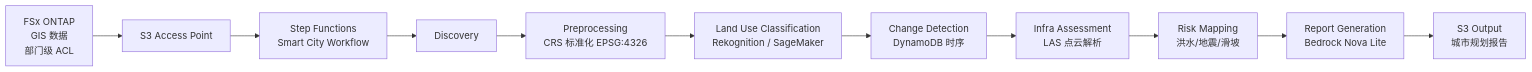
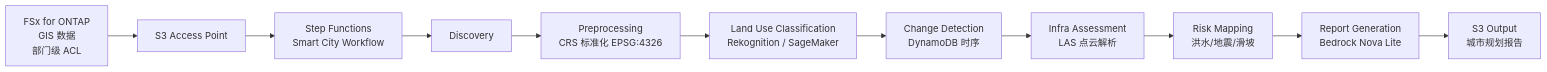
The diagram in smart-city-geospatial/docs/architecture.zh-CN.md (Yoshiki0705/FSx-for-ONTAP-S3AccessPoints-Serverless-Patterns), drawn with Mermaid before and after one commit. The commit also changed other lines of this file and 752 other files, not shown here.

````diff
--- a/smart-city-geospatial/docs/architecture.zh-CN.md
+++ b/smart-city-geospatial/docs/architecture.zh-CN.md
@@ -15,13 +15,13 @@
 ```mermaid
 graph LR
-    FSx[FSx ONTAP<br/>GIS 数据<br/>部门级 ACL] --> S3AP[S3 Access Point]
+    FSx[FSx for ONTAP<br/>GIS 数据<br/>部门级 ACL] --> S3AP[S3 Access Point]
     S3AP --> SFN[Step Functions<br/>Smart City Workflow]
     SFN --> L1[Discovery]
     L1 --> L2[Preprocessing<br/>CRS 标准化 EPSG:4326]
     L2 --> L3[Land Use Classification<br/>Rekognition / SageMaker]
     L3 --> L4[Change Detection<br/>DynamoDB 时序]
     L4 --> L5[Infra Assessment<br/>LAS 点云解析]
     L5 --> L6[Risk Mapping<br/>洪水/地震/滑坡]
     L6 --> L7[Report Generation<br/>Bedrock Nova Lite]
     L7 --> S3O[S3 Output<br/>城市规划报告]
 ```
````
